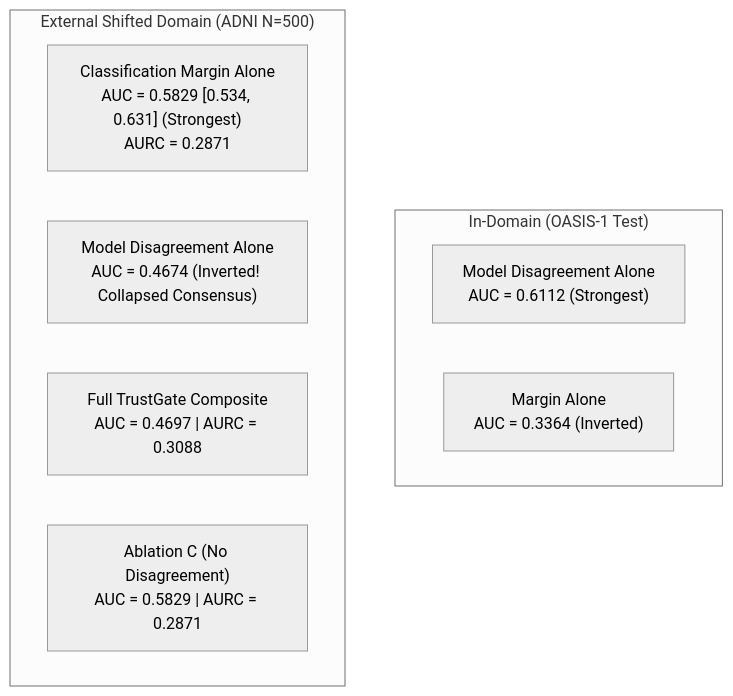
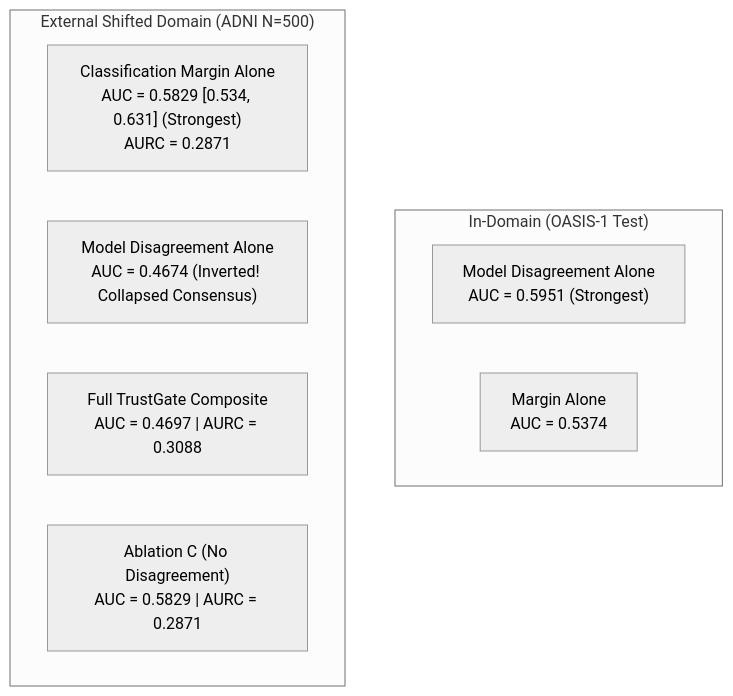
One commit to Bhavi123-hacker/brain-mri-foundation-benchmark changed the diagram in docs/research/v3/trustgate_research_findings.md. Above: the diagram before and after it, drawn with Mermaid (neutral theme). The commit also changed other lines of this file and 26 other files, not shown here.

````diff
--- a/docs/research/v3/trustgate_research_findings.md
+++ b/docs/research/v3/trustgate_research_findings.md
@@ -22,13 +22,13 @@
 ```mermaid
 flowchart TD
     subgraph InDomain["In-Domain (OASIS-1 Test)"]
-        DisIn["Model Disagreement Alone\nAUC = 0.6112 (Strongest)"]
-        MarIn["Margin Alone\nAUC = 0.3364 (Inverted)"]
+        DisIn["Model Disagreement Alone\nAUC = 0.5951 (Strongest)"]
+        MarIn["Margin Alone\nAUC = 0.5374"]
     end
     subgraph External["External Shifted Domain (ADNI N=500)"]
         MarExt["Classification Margin Alone\nAUC = 0.5829 [0.534, 0.631] (Strongest)\nAURC = 0.2871"]
         DisExt["Model Disagreement Alone\nAUC = 0.4674 (Inverted! Collapsed Consensus)"]
         TGExt["Full TrustGate Composite\nAUC = 0.4697 | AURC = 0.3088"]
         AblExt["Ablation C (No Disagreement)\nAUC = 0.5829 | AURC = 0.2871"]
     end
 ```
````
